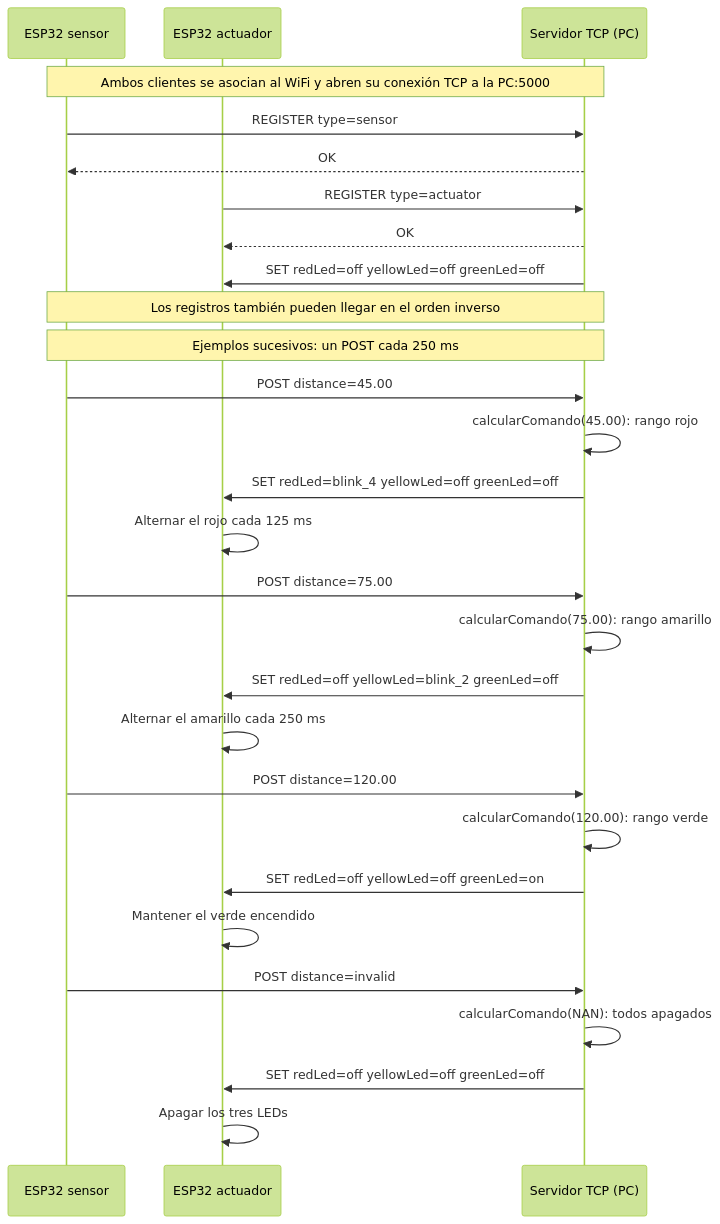
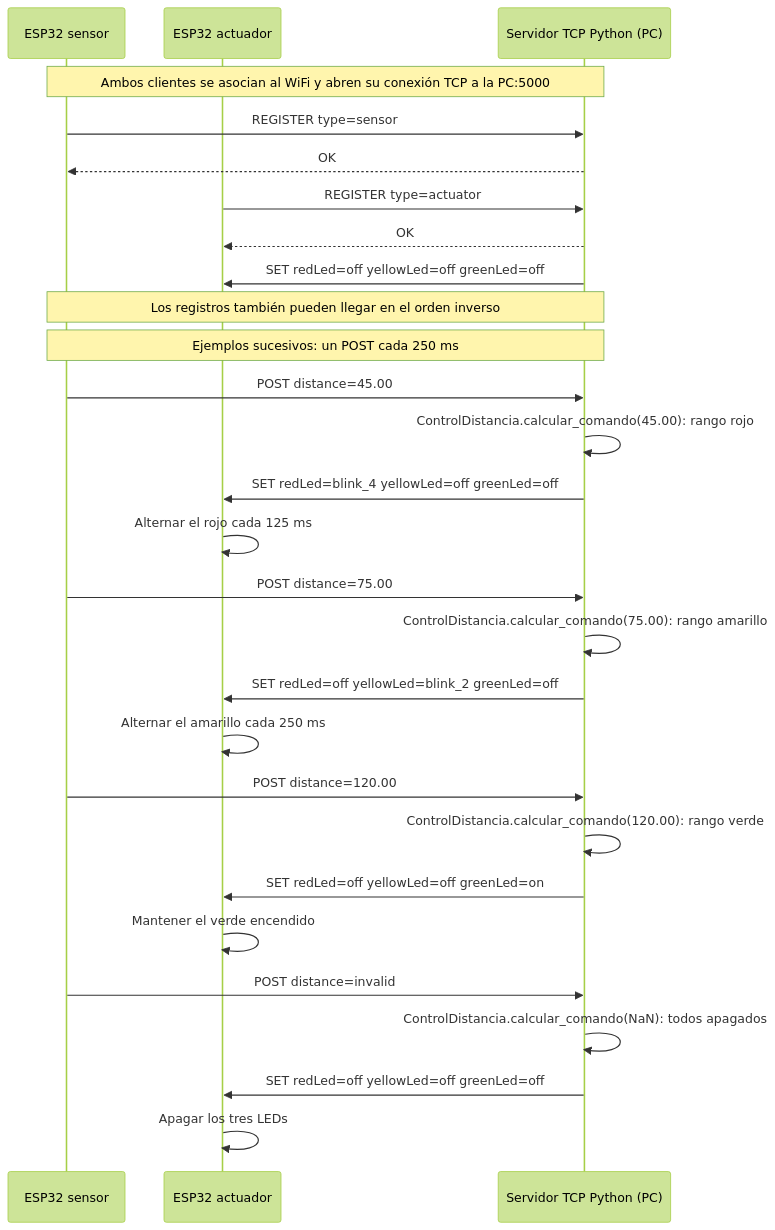
Before and after one commit to JustAdrianMercado/Integracion-de-Objetos-Inteligentes-con-TCP-IP: the fourth of 5 diagrams in INFORME.md, drawn with Mermaid (forest theme). The commit also changed other lines of this file, not shown here.

Commit message:
docs: actualizar clases y secuencias de P2 según la implementación Python/C++

````diff
--- a/INFORME.md
+++ b/INFORME.md
@@ -350,35 +490,35 @@
 ```mermaid
 sequenceDiagram
     participant S as ESP32 sensor
     participant A as ESP32 actuador
-    participant PC as Servidor TCP (PC)
+    participant PC as Servidor TCP Python (PC)
 
     Note over S,PC: Ambos clientes se asocian al WiFi y abren su conexión TCP a la PC:5000
     S->>PC: REGISTER type=sensor
     PC-->>S: OK
     A->>PC: REGISTER type=actuator
     PC-->>A: OK
     PC->>A: SET redLed=off yellowLed=off greenLed=off
     Note over S,PC: Los registros también pueden llegar en el orden inverso
 
     Note over S,PC: Ejemplos sucesivos: un POST cada 250 ms
     S->>PC: POST distance=45.00
-    PC->>PC: calcularComando(45.00): rango rojo
+    PC->>PC: ControlDistancia.calcular_comando(45.00): rango rojo
     PC->>A: SET redLed=blink_4 yellowLed=off greenLed=off
     A->>A: Alternar el rojo cada 125 ms
 
     S->>PC: POST distance=75.00
-    PC->>PC: calcularComando(75.00): rango amarillo
+    PC->>PC: ControlDistancia.calcular_comando(75.00): rango amarillo
     PC->>A: SET redLed=off yellowLed=blink_2 greenLed=off
     A->>A: Alternar el amarillo cada 250 ms
 
     S->>PC: POST distance=120.00
-    PC->>PC: calcularComando(120.00): rango verde
+    PC->>PC: ControlDistancia.calcular_comando(120.00): rango verde
     PC->>A: SET redLed=off yellowLed=off greenLed=on
     A->>A: Mantener el verde encendido
 
     S->>PC: POST distance=invalid
-    PC->>PC: calcularComando(NAN): todos apagados
+    PC->>PC: ControlDistancia.calcular_comando(NaN): todos apagados
     PC->>A: SET redLed=off yellowLed=off greenLed=off
     A->>A: Apagar los tres LEDs
 ```
````
